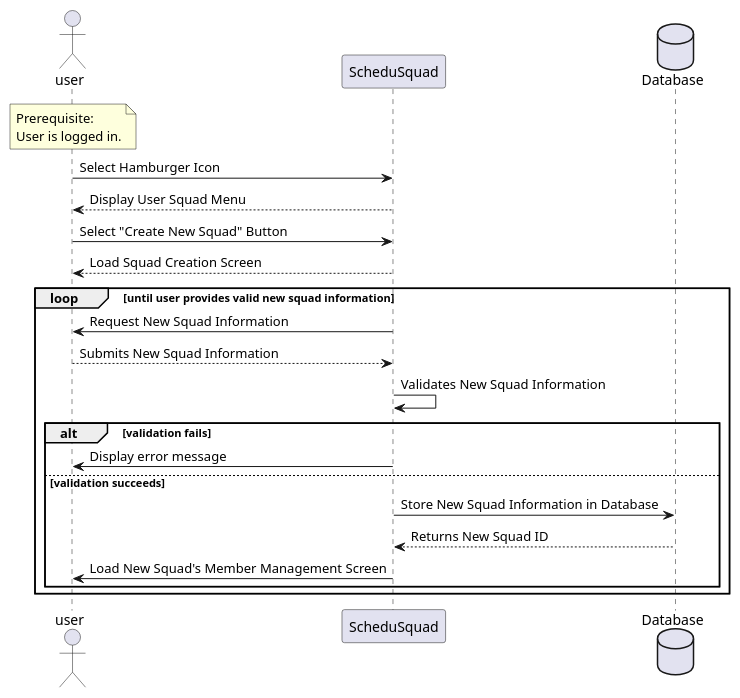
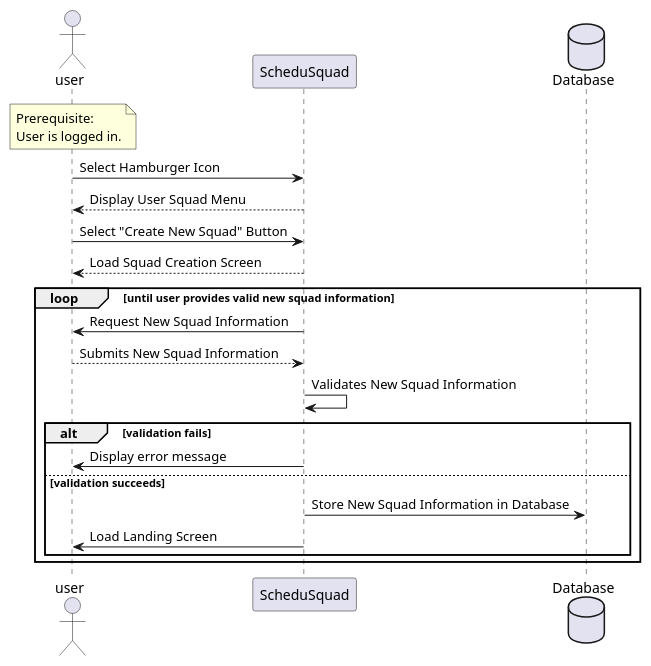
Before and after one commit to dhilbmann/ScheduSquad: the diagram in plantuml/SequenceDiagrams/createSquad.plantuml, drawn with PlantUML. The commit also changed 6 other files, not shown here.

Commit message:
Updating plantuml sequence diagrams for final project submission.

```diff
--- a/plantuml/SequenceDiagrams/createSquad.plantuml
+++ b/plantuml/SequenceDiagrams/createSquad.plantuml
@@ -1,29 +1,28 @@
 @startuml Create Squad
 actor user
 participant ScheduSquad as app
 database Database as db
 
 note over user
 Prerequisite: 
 User is logged in.
 end note
 
 user -> app : Select Hamburger Icon
 app --> user : Display User Squad Menu
 user -> app : Select "Create New Squad" Button
 app --> user : Load Squad Creation Screen
 
 loop until user provides valid new squad information
     app -> user : Request New Squad Information
     user --> app : Submits New Squad Information
     app -> app : Validates New Squad Information
 
     alt validation fails
         app -> user : Display error message
     else validation succeeds
         app -> db : Store New Squad Information in Database
-        db --> app : Returns New Squad ID
-        app -> user : Load New Squad's Member Management Screen
+        app -> user : Load Landing Screen
     end
 end
 @enduml
```
